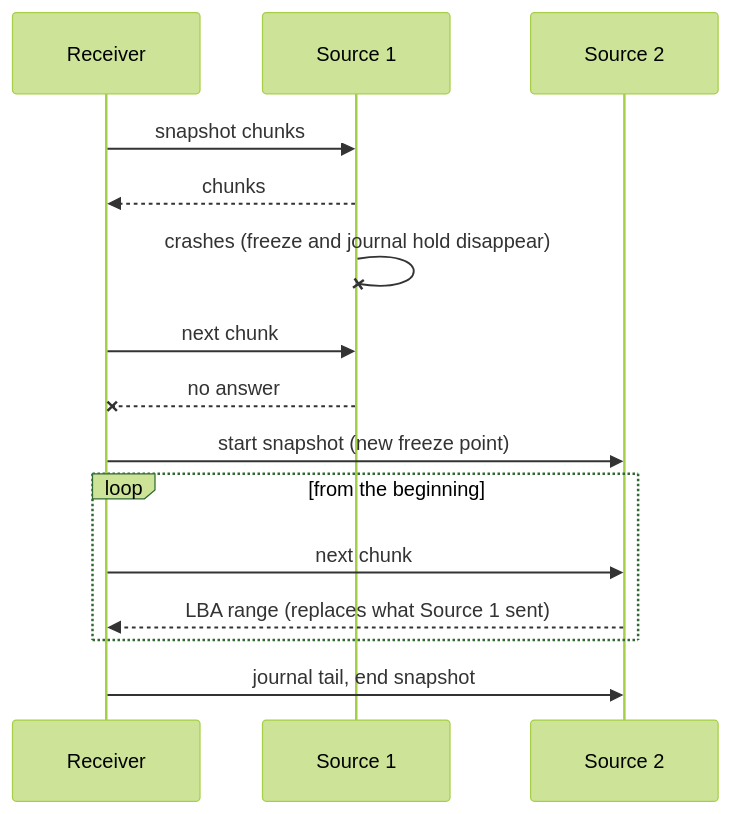
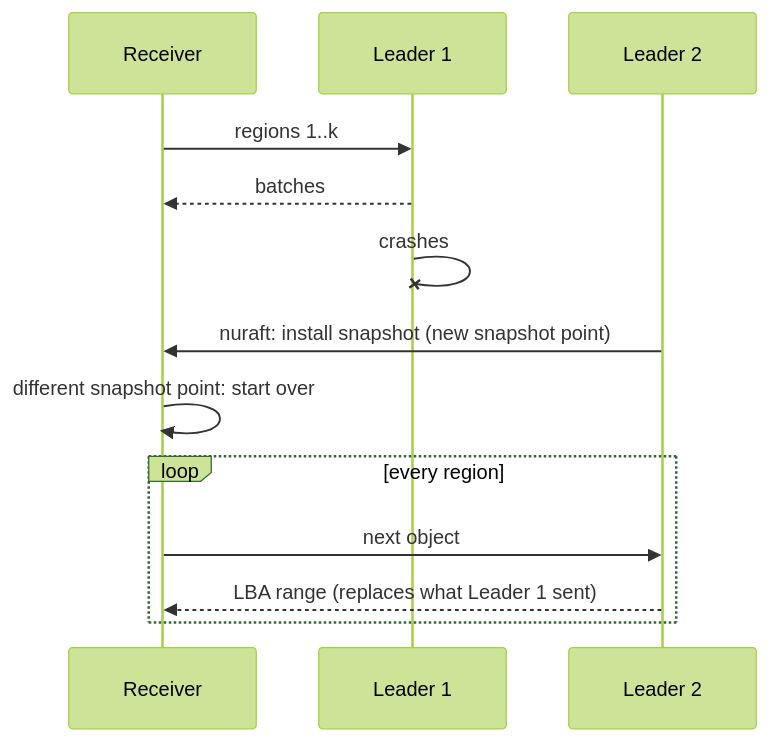
One commit to eBay/HomeBlocks changed the eighth of 9 diagrams in docs/craft/resync.md. Above: the diagram before and after it, drawn with Mermaid (forest theme). The commit also changed other lines of this file and 3 other files, not shown here.

First line of the commit message:
docs/craft: snapshots go through nuraft, modeled on HomeObject

````diff
--- a/docs/craft/resync.md
+++ b/docs/craft/resync.md
@@ -453,17 +443,15 @@
 ```mermaid
 sequenceDiagram
     participant R as Receiver
-    participant S1 as Source 1
-    participant S2 as Source 2
-    R->>S1: snapshot chunks
-    S1-->>R: chunks
-    S1-xS1: crashes (freeze and journal hold disappear)
-    R->>S1: next chunk
-    S1--xR: no answer
-    R->>S2: start snapshot (new freeze point)
-    loop from the beginning
-        R->>S2: next chunk
-        S2-->>R: LBA range (replaces what Source 1 sent)
+    participant L1 as Leader 1
+    participant L2 as Leader 2
+    R->>L1: regions 1..k
+    L1-->>R: batches
+    L1-xL1: crashes
+    L2->>R: nuraft: install snapshot (new snapshot point)
+    R->>R: different snapshot point: start over
+    loop every region
+        R->>L2: next object
+        L2-->>R: LBA range (replaces what Leader 1 sent)
     end
-    R->>S2: journal tail, end snapshot
 ```
````
